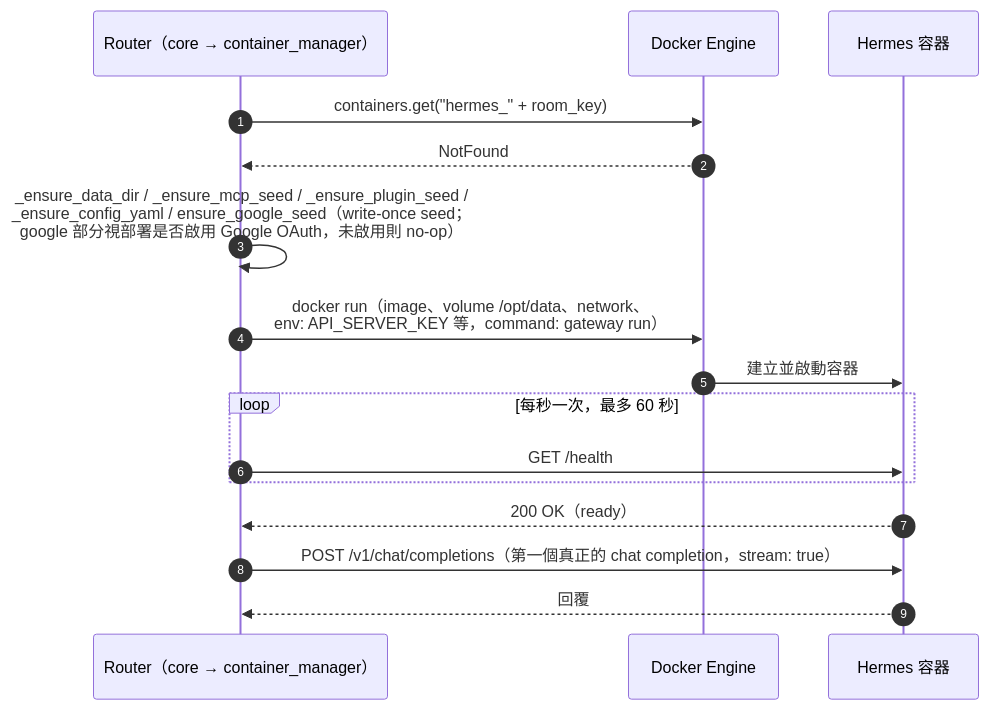
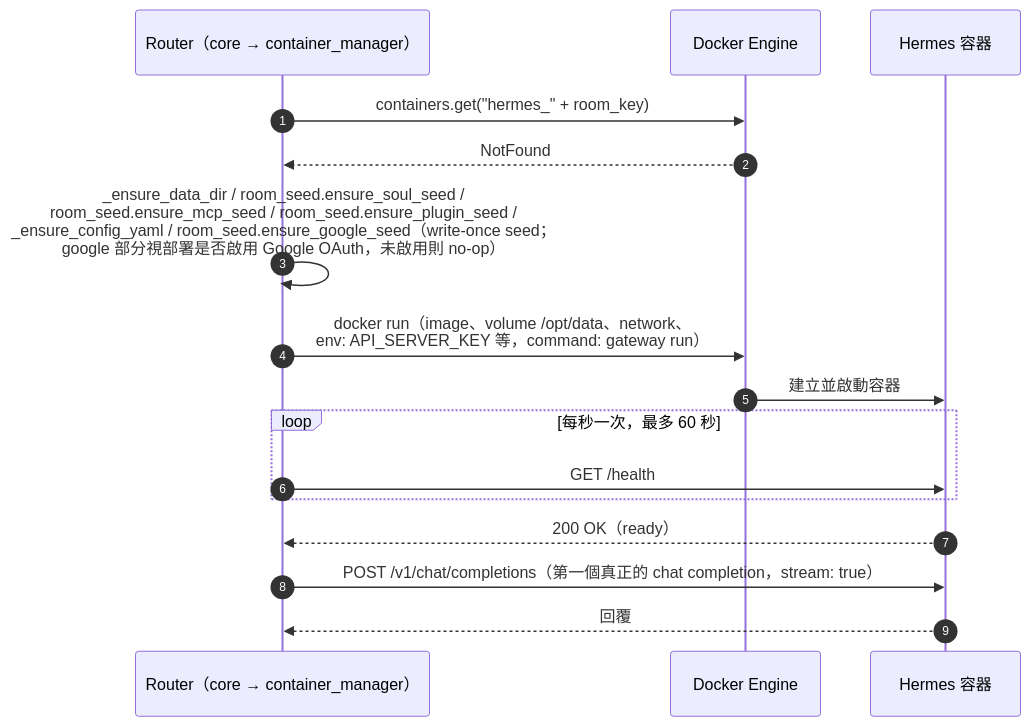
One commit to marychouchou/alice-office changed the seventh of 9 diagrams in docs/sequence-diagrams.md. Above: the diagram before and after it, drawn with Mermaid. The commit also changed other lines of this file and 28 other files, not shown here.

First line of the commit message:
feat(hermes): seed a per-room SOUL.md enterprise-assistant persona

````diff
--- a/docs/sequence-diagrams.md
+++ b/docs/sequence-diagrams.md
@@ -264,19 +265,19 @@
 ```mermaid
 sequenceDiagram
     autonumber
     participant R as Router（core → container_manager）
     participant D as Docker Engine
     participant H as Hermes 容器
 
     R->>D: containers.get("hermes_" + room_key)
     D-->>R: NotFound
-    R->>R: _ensure_data_dir / _ensure_mcp_seed / _ensure_plugin_seed /<br/>_ensure_config_yaml / ensure_google_seed（write-once seed；<br/>google 部分視部署是否啟用 Google OAuth，未啟用則 no-op）
+    R->>R: _ensure_data_dir / room_seed.ensure_soul_seed /<br/>room_seed.ensure_mcp_seed / room_seed.ensure_plugin_seed /<br/>_ensure_config_yaml / room_seed.ensure_google_seed（write-once seed；<br/>google 部分視部署是否啟用 Google OAuth，未啟用則 no-op）
     R->>D: docker run（image、volume /opt/data、network、<br/>env: API_SERVER_KEY 等，command: gateway run）
     D->>H: 建立並啟動容器
     loop 每秒一次，最多 60 秒
         R->>H: GET /health
     end
     H-->>R: 200 OK（ready）
     R->>H: POST /v1/chat/completions（第一個真正的 chat completion，stream: true）
     H-->>R: 回覆
 ```
````
